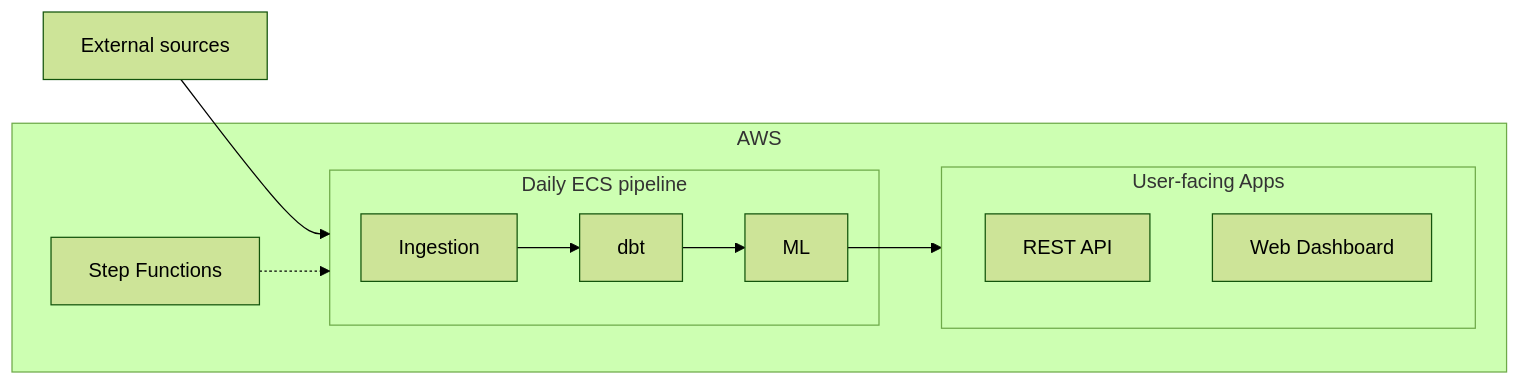
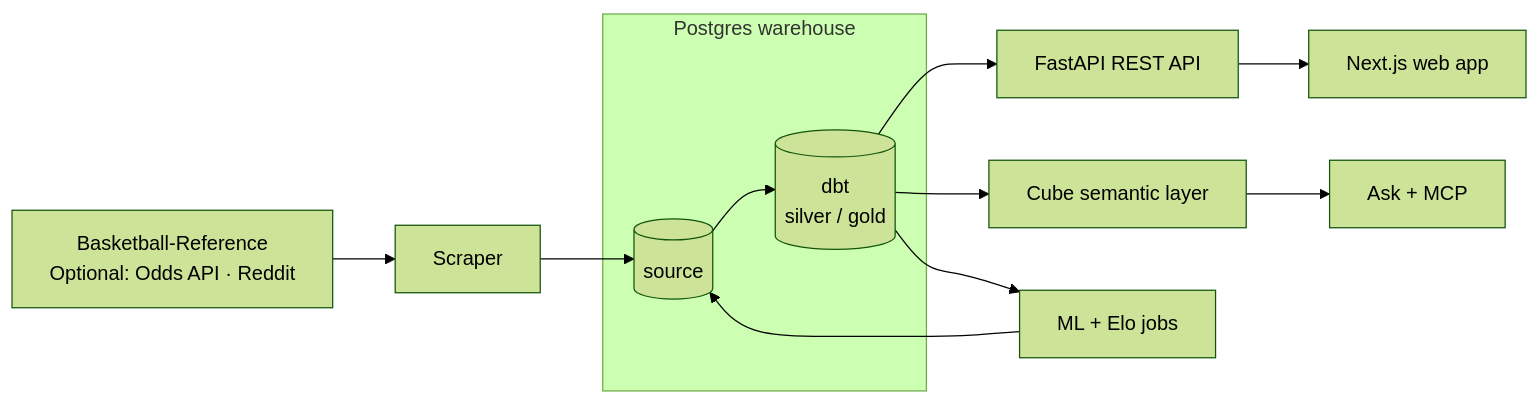
Before and after one commit to jyablonski/site: the diagram in src/content/projects/nba-elt-pipeline.md, drawn with Mermaid (forest theme). The commit also changed other lines of this file and 3 other files, not shown here.

````diff
--- a/src/content/projects/nba-elt-pipeline.md
+++ b/src/content/projects/nba-elt-pipeline.md
@@ -26,24 +27,15 @@
 ```mermaid
 flowchart LR
-  SRC[External sources]
+  SRC[Basketball-Reference<br/>Optional: Odds API · Reddit] --> SCRAPER[Scraper]
 
-  subgraph aws [AWS]
-    SF[Step Functions]
-
-    subgraph pipeline [Daily ECS pipeline]
-      ING[Ingestion]
-      DBT[dbt]
-      ML[ML]
-    end
-
-    subgraph serve [User-facing Apps]
-      API[REST API]
-      DASH[Web Dashboard]
-    end
+  subgraph PG [Postgres warehouse]
+    SOURCE[(source)]
+    MODELS[(dbt<br/>silver / gold)]
+    SOURCE --> MODELS
   end
 
-  SRC --> pipeline
-  SF -.-> pipeline
-  ING --> DBT --> ML
-  ML --> serve
+  SCRAPER --> SOURCE
+  MODELS --> API[FastAPI REST API] --> WEB[Next.js web app]
+  MODELS --> CUBE[Cube semantic layer] --> ASK[Ask + MCP]
+  MODELS --> ML[ML + Elo jobs] --> SOURCE
 ```
````
